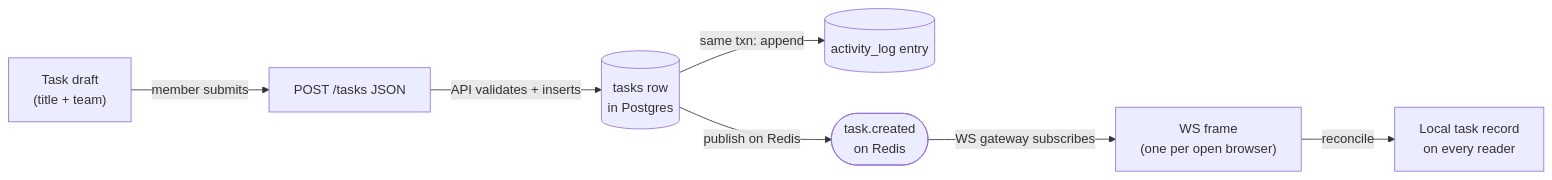
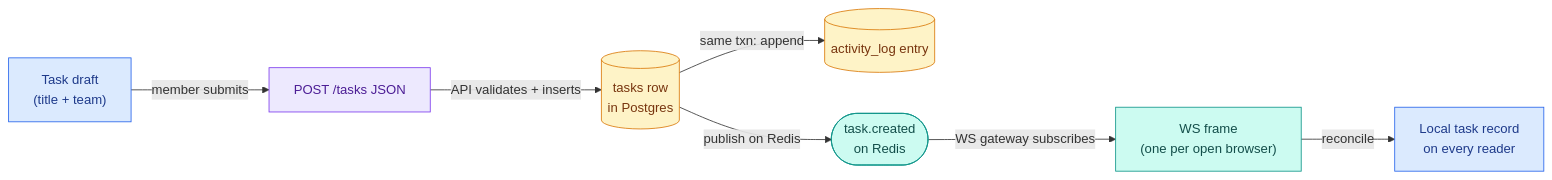
The fourth of 7 diagrams in example/example-spec.md (ficocelliguy/spec-tacle), drawn with Mermaid before and after one commit. The commit also changed other lines of this file and 16 other files, not shown here.

````diff
--- a/example/example-spec.md
+++ b/example/example-spec.md
@@ -328,17 +359,26 @@
 ```mermaid
 flowchart LR
   Draft["Task draft\n(title + team)"]
   Post["POST /tasks JSON"]
   Row[(tasks row\nin Postgres)]
   Audit[(activity_log entry)]
   Event(["task.created\non Redis"])
   Frame["WS frame\n(one per open browser)"]
   Local["Local task record\non every reader"]
 
   Draft -->|"member submits"| Post
   Post -->|"API validates + inserts"| Row
   Row -->|"same txn: append"| Audit
   Row -->|"publish on Redis"| Event
   Event -->|"WS gateway subscribes"| Frame
   Frame -->|"reconcile"| Local
+
+  classDef blue fill:#dbeafe,stroke:#2563eb,color:#1e3a8a
+  classDef purple fill:#ede9fe,stroke:#7c3aed,color:#4c1d95
+  classDef teal fill:#ccfbf1,stroke:#0d9488,color:#134e4a
+  classDef amber fill:#fef3c7,stroke:#d97706,color:#78350f
+  class Draft,Local blue
+  class Post purple
+  class Event,Frame teal
+  class Row,Audit amber
 ```
````
